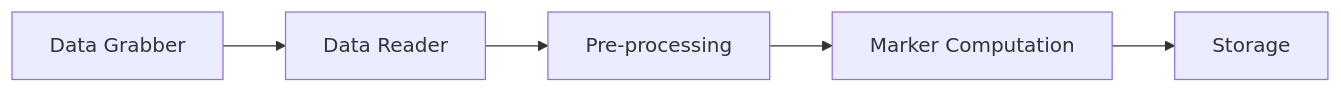
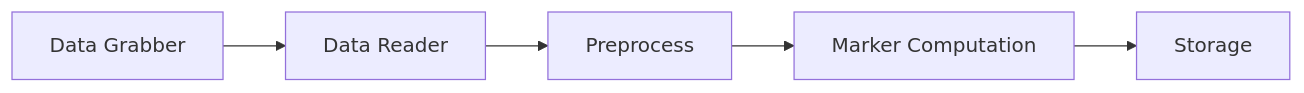
Before and after one commit to juaml/junifer: the first of 2 diagrams in docs/understanding/pipeline.rst, drawn with Mermaid. The commit also changed other lines of this file and 8 other files, not shown here.

```diff
--- a/docs/understanding/pipeline.rst
+++ b/docs/understanding/pipeline.rst
@@ -24,12 +24,12 @@
 .. mermaid::
 
    flowchart LR
      dg[Data Grabber]
      dr[Data Reader]
-     pp[Pre-processing]
+     pp[Preprocess]
      mc[Marker Computation]
      st[Storage]
      dg --> dr
      dr --> pp
      pp --> mc
      mc --> st
```
